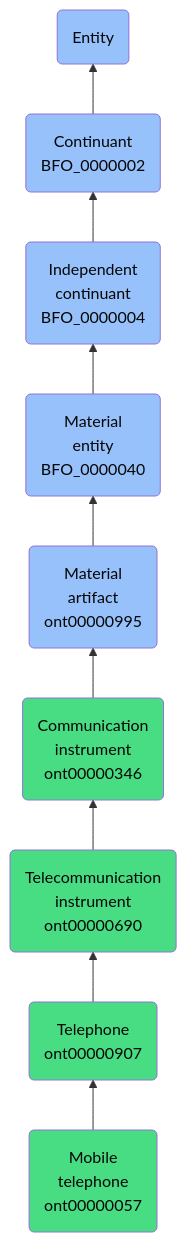
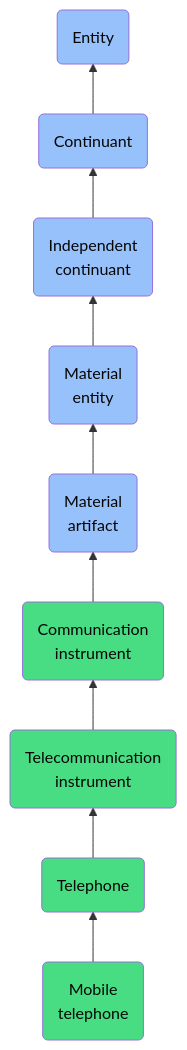
The diagram in docs/ontology/reference/model/Entity/Continuant/Independent continuant/Material entity/Material artifact/Communication instrument/Telecommunication instrument/Telephone/Mobile telephone/Mobile telephone.md (jupyter-naas/abi), drawn with Mermaid before and after one commit. The commit also changed other lines of this file and 1430 other files, not shown here.

````diff
--- a/docs/ontology/reference/model/Entity/Continuant/Independent continuant/Material entity/Material artifact/Communication instrument/Telecommunication instrument/Telephone/Mobile telephone/Mobile telephone.md
+++ b/docs/ontology/reference/model/Entity/Continuant/Independent continuant/Material entity/Material artifact/Communication instrument/Telecommunication instrument/Telephone/Mobile telephone/Mobile telephone.md
@@ -24,16 +24,16 @@
 ```mermaid
 graph BT
-    ont00000057(Mobile<br>telephone<br>ont00000057):::ABI-->ont00000907
-    ont00000907(Telephone<br>ont00000907):::ABI-->ont00000690
-    ont00000690(Telecommunication<br>instrument<br>ont00000690):::ABI-->ont00000346
-    ont00000346(Communication<br>instrument<br>ont00000346):::ABI-->ont00000995
-    ont00000995(Material<br>artifact<br>ont00000995):::BFO-->BFO_0000040
-    BFO_0000040(Material<br>entity<br>BFO_0000040):::BFO-->BFO_0000004
-    BFO_0000004(Independent<br>continuant<br>BFO_0000004):::BFO-->BFO_0000002
-    BFO_0000002(Continuant<br>BFO_0000002):::BFO-->BFO_0000001
+    ont00000057(Mobile<br>telephone):::ABI-->ont00000907
+    ont00000907(Telephone):::ABI-->ont00000690
+    ont00000690(Telecommunication<br>instrument):::ABI-->ont00000346
+    ont00000346(Communication<br>instrument):::ABI-->ont00000995
+    ont00000995(Material<br>artifact):::BFO-->BFO_0000040
+    BFO_0000040(Material<br>entity):::BFO-->BFO_0000004
+    BFO_0000004(Independent<br>continuant):::BFO-->BFO_0000002
+    BFO_0000002(Continuant):::BFO-->BFO_0000001
     BFO_0000001(Entity):::BFO
     
     classDef BFO fill:#97c1fb,color:#060606
     classDef CCO fill:#e4c51e,color:#060606
     classDef ABI fill:#48DD82,color:#060606
 ```
````
